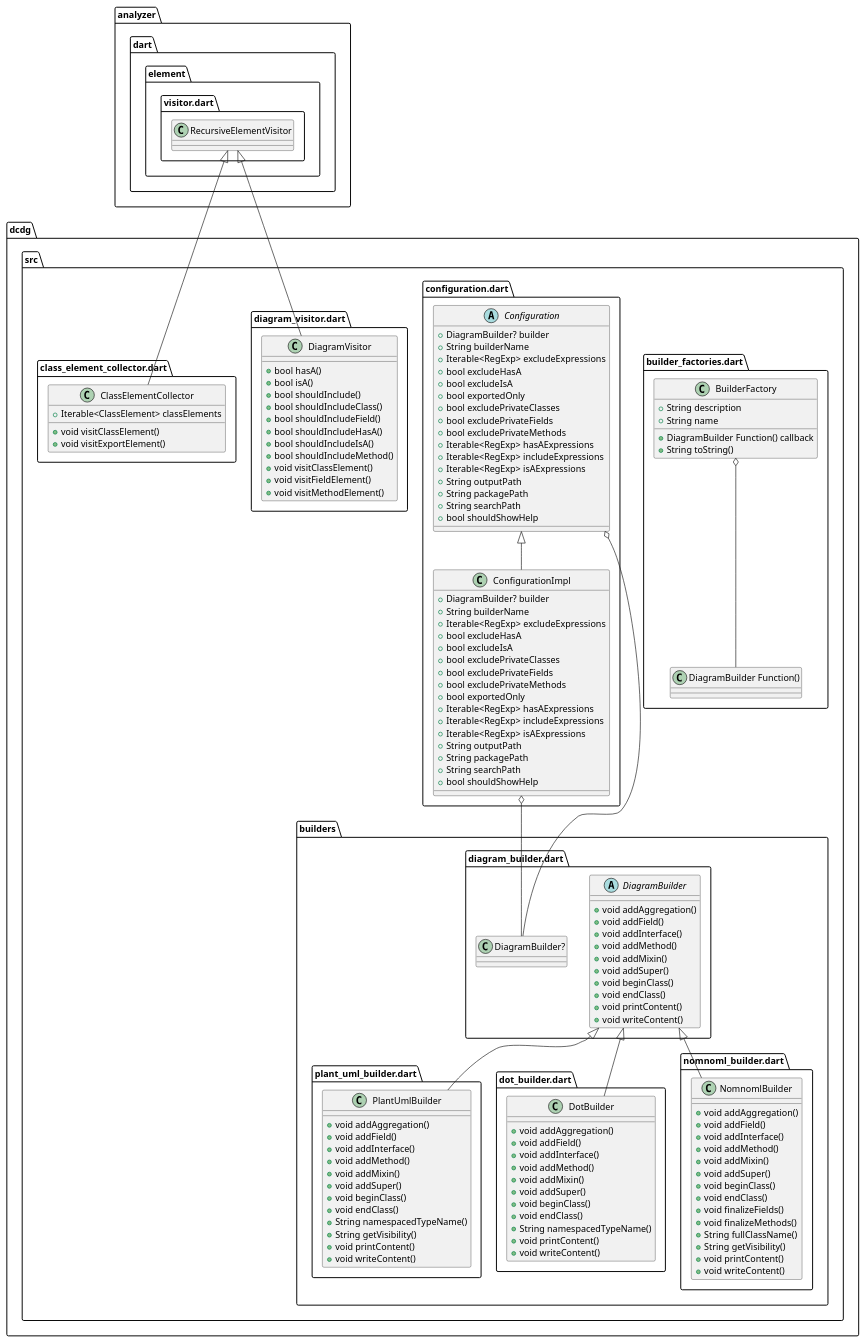
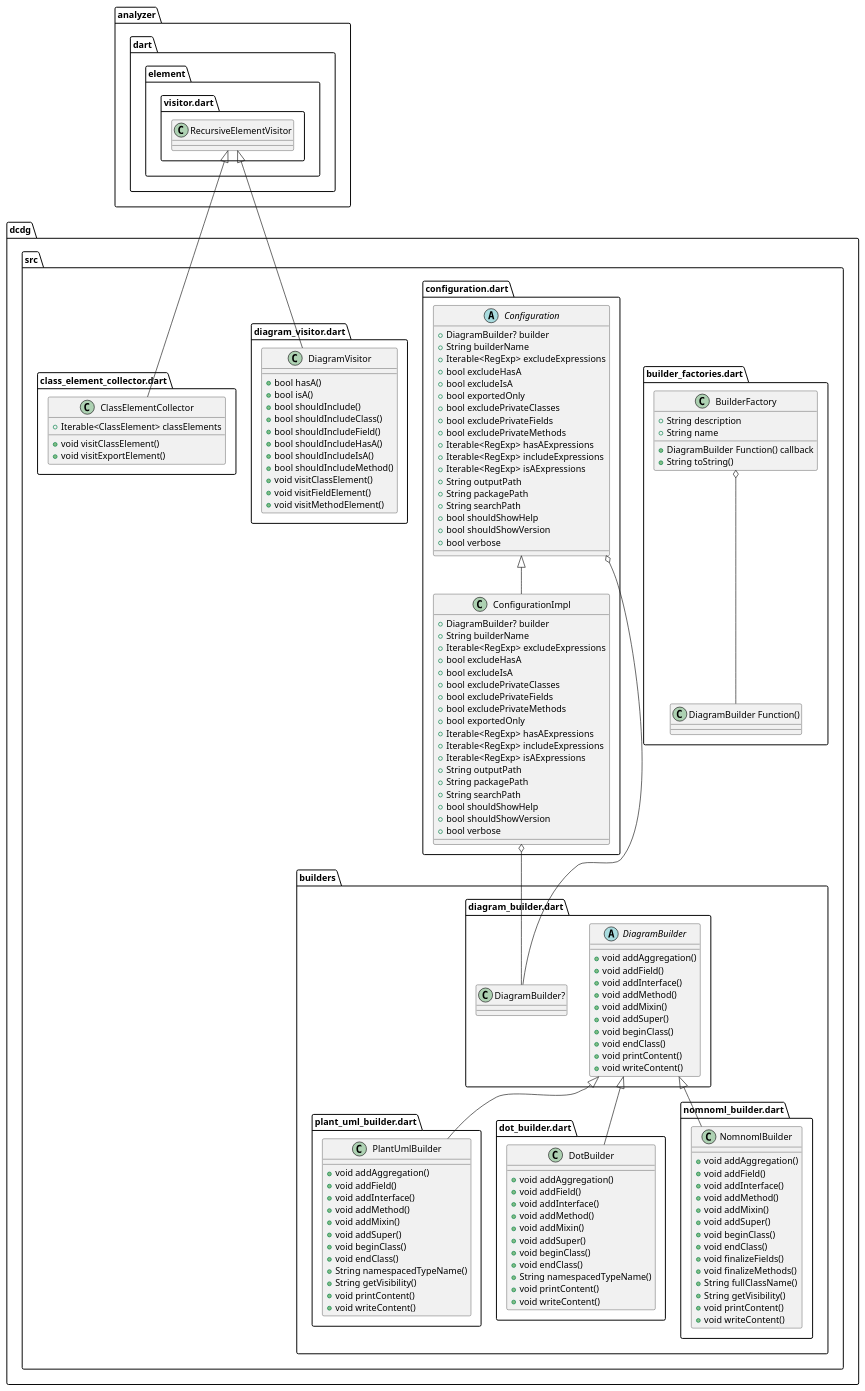
The diagram in example/dcdg.puml (glesica/dcdg.dart), drawn with PlantUML before and after one commit. The commit also changed 16 other files, not shown here.

```diff
--- a/example/dcdg.puml
+++ b/example/dcdg.puml
@@ -1,146 +1,150 @@
 @startuml
 set namespaceSeparator ::
 
 class "dcdg::src::builders::plant_uml_builder.dart::PlantUmlBuilder" {
   +void addAggregation()
   +void addField()
   +void addInterface()
   +void addMethod()
   +void addMixin()
   +void addSuper()
   +void beginClass()
   +void endClass()
   +String namespacedTypeName()
   +String getVisibility()
   +void printContent()
   +void writeContent()
 }
 
 "dcdg::src::builders::diagram_builder.dart::DiagramBuilder" <|-- "dcdg::src::builders::plant_uml_builder.dart::PlantUmlBuilder"
 
 class "dcdg::src::builders::dot_builder.dart::DotBuilder" {
   +void addAggregation()
   +void addField()
   +void addInterface()
   +void addMethod()
   +void addMixin()
   +void addSuper()
   +void beginClass()
   +void endClass()
   +String namespacedTypeName()
   +void printContent()
   +void writeContent()
 }
 
 "dcdg::src::builders::diagram_builder.dart::DiagramBuilder" <|-- "dcdg::src::builders::dot_builder.dart::DotBuilder"
 
 abstract class "dcdg::src::builders::diagram_builder.dart::DiagramBuilder" {
   +void addAggregation()
   +void addField()
   +void addInterface()
   +void addMethod()
   +void addMixin()
   +void addSuper()
   +void beginClass()
   +void endClass()
   +void printContent()
   +void writeContent()
 }
 
 class "dcdg::src::builders::nomnoml_builder.dart::NomnomlBuilder" {
   +void addAggregation()
   +void addField()
   +void addInterface()
   +void addMethod()
   +void addMixin()
   +void addSuper()
   +void beginClass()
   +void endClass()
   +void finalizeFields()
   +void finalizeMethods()
   +String fullClassName()
   +String getVisibility()
   +void printContent()
   +void writeContent()
 }
 
 "dcdg::src::builders::diagram_builder.dart::DiagramBuilder" <|-- "dcdg::src::builders::nomnoml_builder.dart::NomnomlBuilder"
 
 class "dcdg::src::builder_factories.dart::BuilderFactory" {
   +DiagramBuilder Function() callback
   +String description
   +String name
   +String toString()
 }
 
 "dcdg::src::builder_factories.dart::BuilderFactory" o-- "dcdg::src::builder_factories.dart::DiagramBuilder Function()"
 
 abstract class "dcdg::src::configuration.dart::Configuration" {
   +DiagramBuilder? builder
   +String builderName
   +Iterable<RegExp> excludeExpressions
   +bool excludeHasA
   +bool excludeIsA
   +bool exportedOnly
   +bool excludePrivateClasses
   +bool excludePrivateFields
   +bool excludePrivateMethods
   +Iterable<RegExp> hasAExpressions
   +Iterable<RegExp> includeExpressions
   +Iterable<RegExp> isAExpressions
   +String outputPath
   +String packagePath
   +String searchPath
   +bool shouldShowHelp
+  +bool shouldShowVersion
+  +bool verbose
 }
 
 "dcdg::src::configuration.dart::Configuration" o-- "dcdg::src::builders::diagram_builder.dart::DiagramBuilder?"
 
 class "dcdg::src::configuration.dart::ConfigurationImpl" {
   +DiagramBuilder? builder
   +String builderName
   +Iterable<RegExp> excludeExpressions
   +bool excludeHasA
   +bool excludeIsA
   +bool excludePrivateClasses
   +bool excludePrivateFields
   +bool excludePrivateMethods
   +bool exportedOnly
   +Iterable<RegExp> hasAExpressions
   +Iterable<RegExp> includeExpressions
   +Iterable<RegExp> isAExpressions
   +String outputPath
   +String packagePath
   +String searchPath
   +bool shouldShowHelp
+  +bool shouldShowVersion
+  +bool verbose
 }
 
 "dcdg::src::configuration.dart::ConfigurationImpl" o-- "dcdg::src::builders::diagram_builder.dart::DiagramBuilder?"
 "dcdg::src::configuration.dart::Configuration" <|-- "dcdg::src::configuration.dart::ConfigurationImpl"
 
 class "dcdg::src::diagram_visitor.dart::DiagramVisitor" {
   +bool hasA()
   +bool isA()
   +bool shouldInclude()
   +bool shouldIncludeClass()
   +bool shouldIncludeField()
   +bool shouldIncludeHasA()
   +bool shouldIncludeIsA()
   +bool shouldIncludeMethod()
   +void visitClassElement()
   +void visitFieldElement()
   +void visitMethodElement()
 }
 
 "analyzer::dart::element::visitor.dart::RecursiveElementVisitor" <|-- "dcdg::src::diagram_visitor.dart::DiagramVisitor"
 
 class "dcdg::src::class_element_collector.dart::ClassElementCollector" {
   +Iterable<ClassElement> classElements
   +void visitClassElement()
   +void visitExportElement()
 }
 
 "analyzer::dart::element::visitor.dart::RecursiveElementVisitor" <|-- "dcdg::src::class_element_collector.dart::ClassElementCollector"
 
 
 @enduml
```
